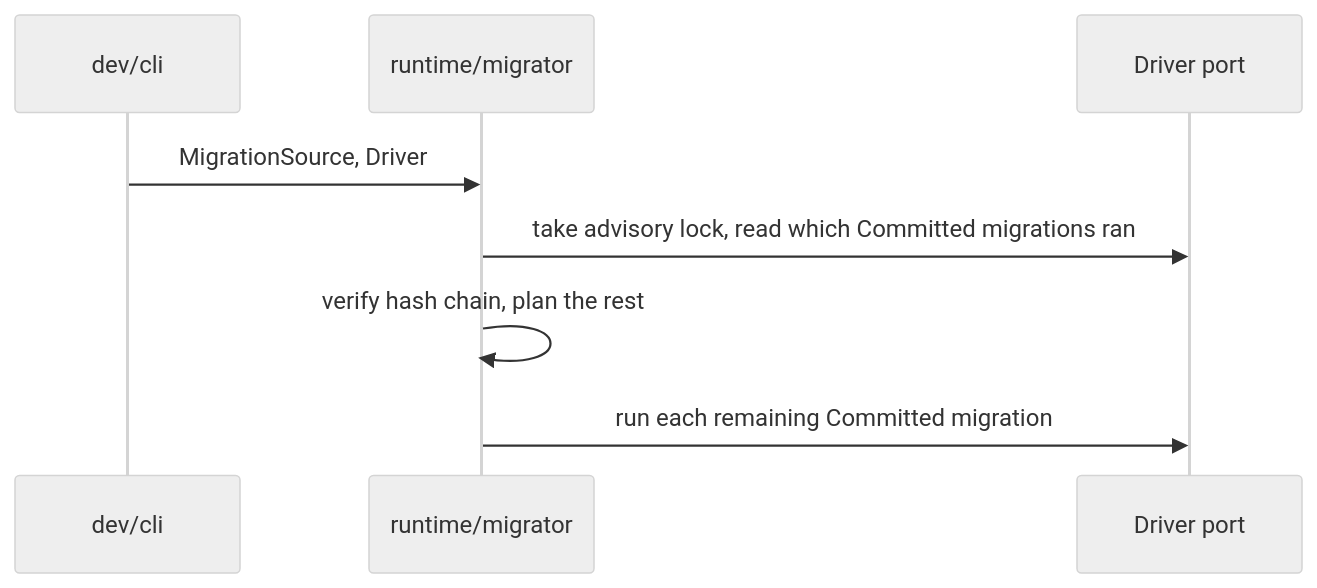
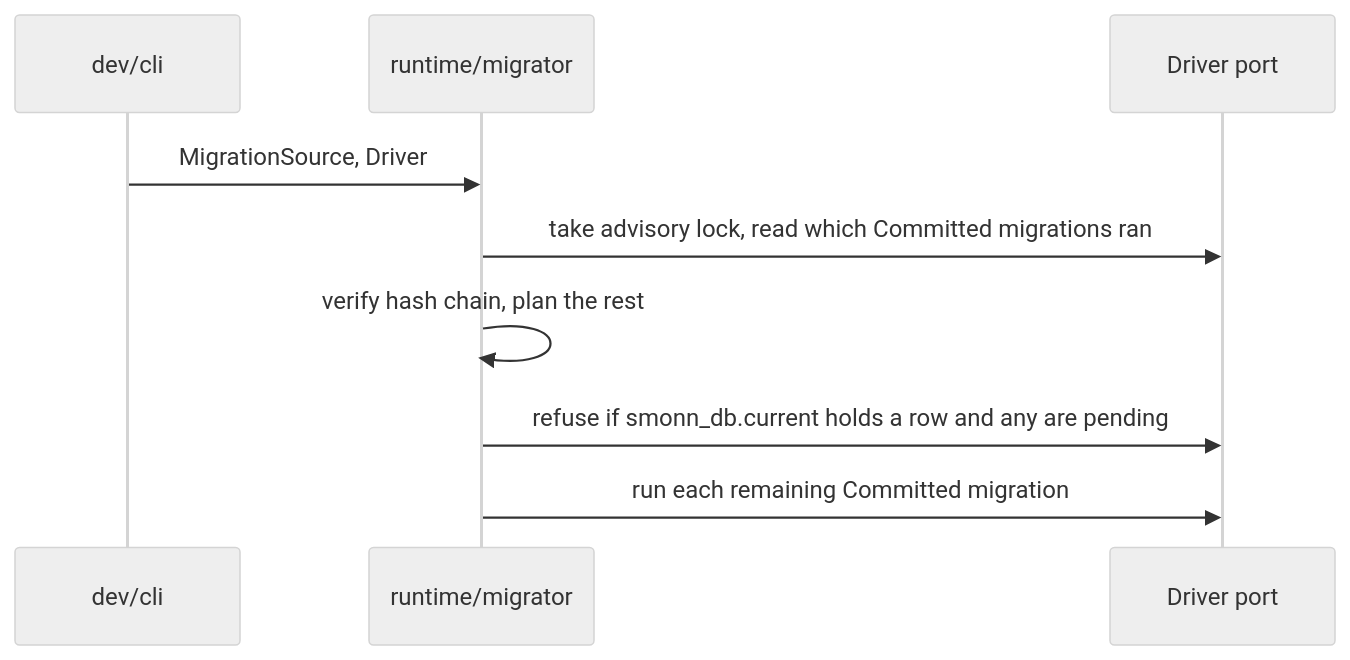
Before and after one commit to smonn/db: the seventh of 8 diagrams in docs/architecture.md, drawn with Mermaid (neutral theme). The commit also changed other lines of this file, not shown here.

Commit message:
docs(architecture): cite ADR-0016 guards in the generate, migrate, and reset flows

````diff
--- a/docs/architecture.md
+++ b/docs/architecture.md
@@ -175,11 +175,12 @@
 ```mermaid
 sequenceDiagram
   participant CLI as dev/cli
   participant Mig as runtime/migrator
   participant DB as Driver port
 
   CLI->>Mig: MigrationSource, Driver
   Mig->>DB: take advisory lock, read which Committed migrations ran
   Mig->>Mig: verify hash chain, plan the rest
+  Mig->>DB: refuse if smonn_db.current holds a row and any are pending
   Mig->>DB: run each remaining Committed migration
 ```
````
